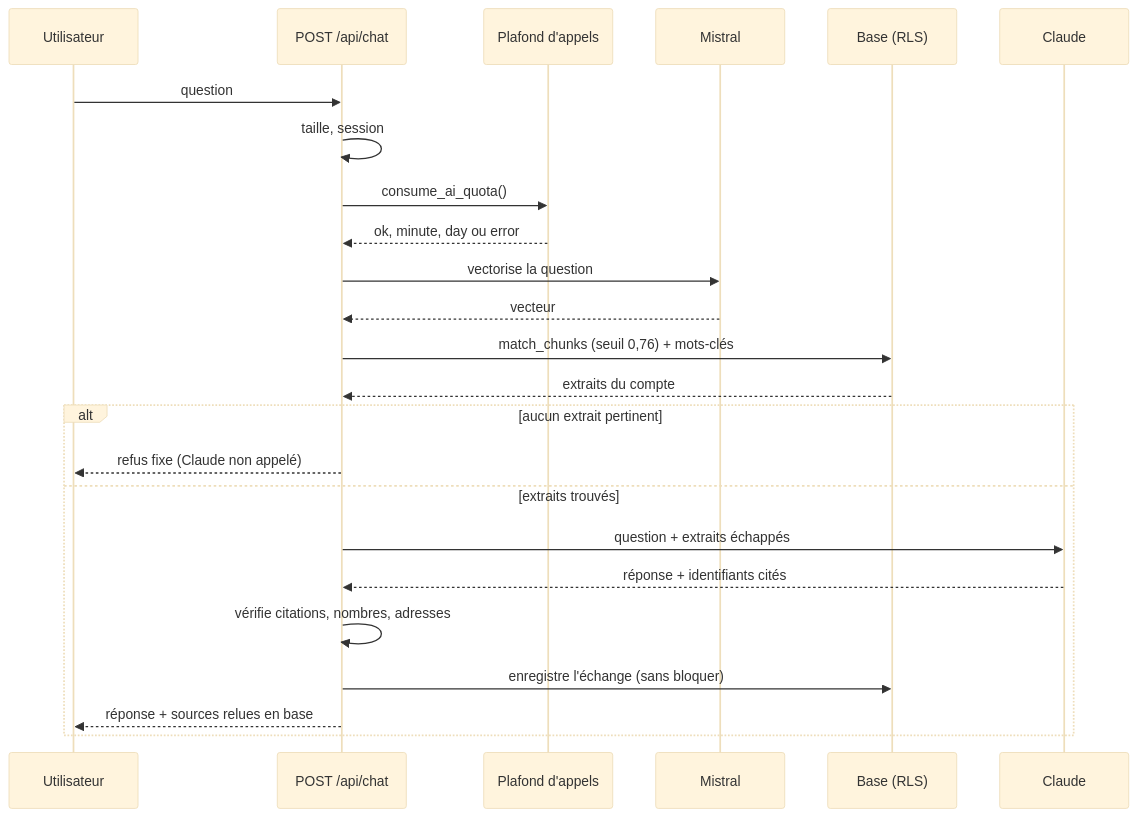
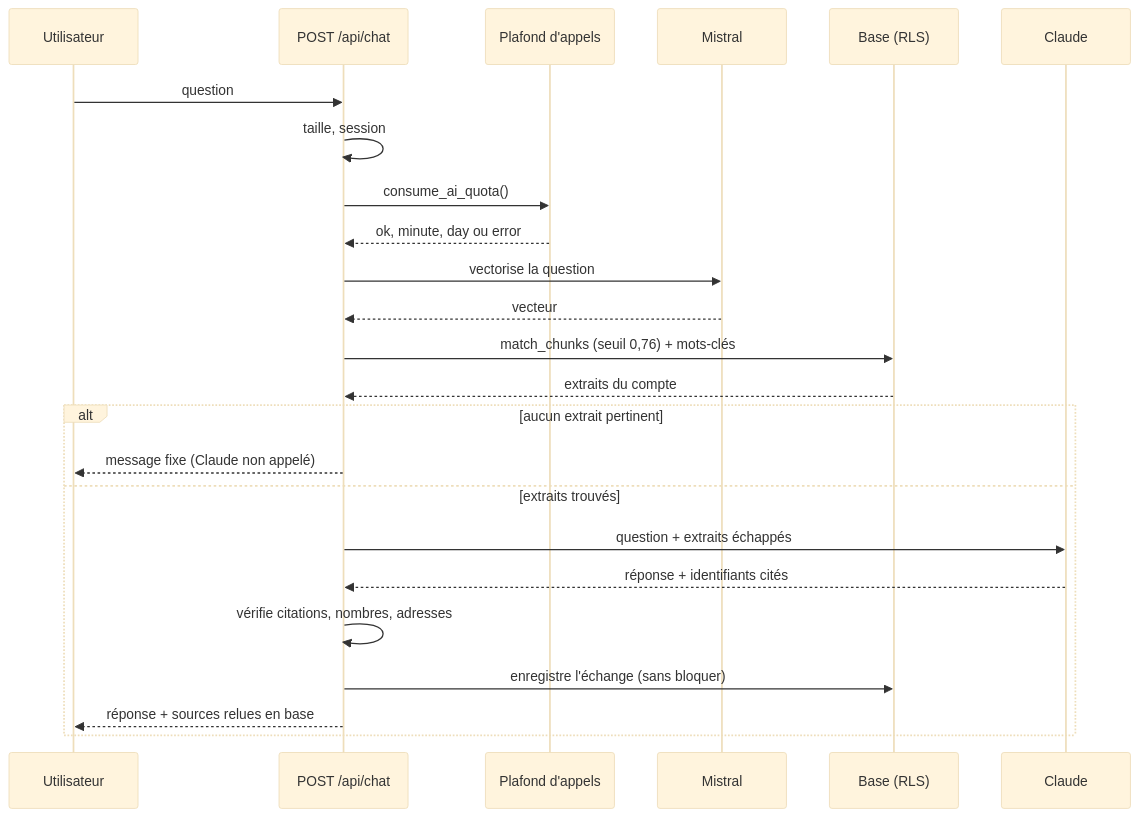
Before and after one commit to alexpericat-dotcom/logmerry: the third of 4 diagrams in docs/livrables/02-workflows.md, drawn with Mermaid (base theme). The commit also changed other lines of this file and 6 other files, not shown here.

````diff
--- a/docs/livrables/02-workflows.md
+++ b/docs/livrables/02-workflows.md
@@ -58,26 +58,26 @@
 ```mermaid
 sequenceDiagram
   participant U as Utilisateur
   participant R as POST /api/chat
   participant Q as Plafond d'appels
   participant M as Mistral
   participant D as Base (RLS)
   participant C as Claude
   U->>R: question
   R->>R: taille, session
   R->>Q: consume_ai_quota()
   Q-->>R: ok, minute, day ou error
   R->>M: vectorise la question
   M-->>R: vecteur
   R->>D: match_chunks (seuil 0,76) + mots-clés
   D-->>R: extraits du compte
   alt aucun extrait pertinent
-    R-->>U: refus fixe (Claude non appelé)
+    R-->>U: message fixe (Claude non appelé)
   else extraits trouvés
     R->>C: question + extraits échappés
     C-->>R: réponse + identifiants cités
     R->>R: vérifie citations, nombres, adresses
     R->>D: enregistre l'échange (sans bloquer)
     R-->>U: réponse + sources relues en base
   end
 ```
````
